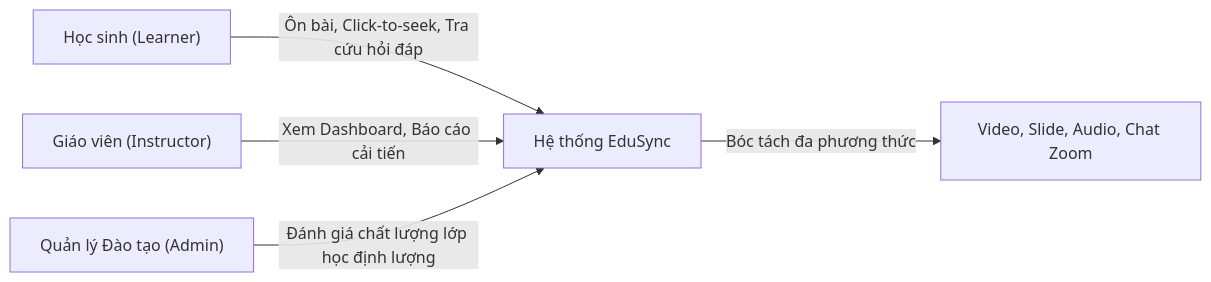
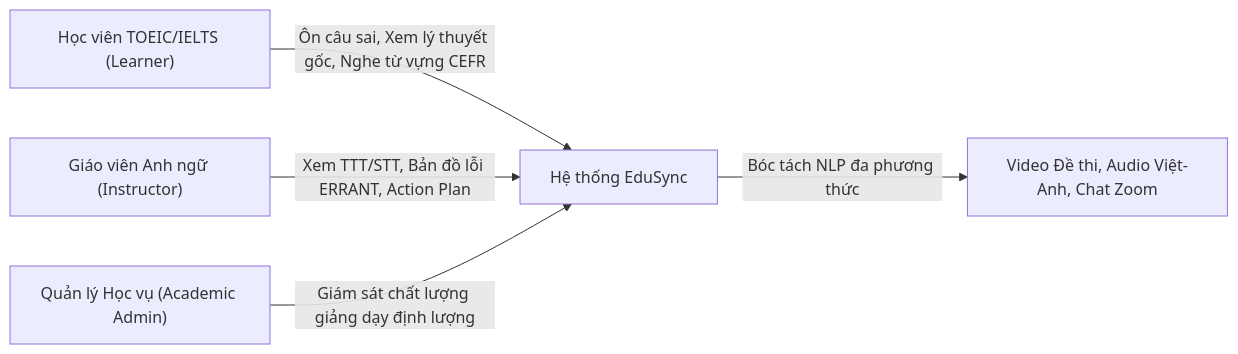
Before and after one commit to CelesEclipse/NLP501_edusync_mvp: the first of 2 diagrams in docs/03_requirements_analysis_srs.md, drawn with Mermaid. The commit also changed other lines of this file and 20 other files, not shown here.

Commit message:
docs: unify TOEIC/IELTS focus, add research citations & technical NLP defense guide

````diff
--- a/docs/03_requirements_analysis_srs.md
+++ b/docs/03_requirements_analysis_srs.md
@@ -26,7 +38,7 @@
 ```mermaid
 flowchart LR
-    Student["Học sinh (Learner)"] --> |"Ôn bài, Click-to-seek, Tra cứu hỏi đáp"| System["Hệ thống EduSync"]
-    Teacher["Giáo viên (Instructor)"] --> |"Xem Dashboard, Báo cáo cải tiến"| System
-    Admin["Quản lý Đào tạo (Admin)"] --> |"Đánh giá chất lượng lớp học định lượng"| System
-    System --> |"Bóc tách đa phương thức"| VideoAudio["Video, Slide, Audio, Chat Zoom"]
+    Student["Học viên TOEIC/IELTS (Learner)"] --> |"Ôn câu sai, Xem lý thuyết gốc, Nghe từ vựng CEFR"| System["Hệ thống EduSync"]
+    Teacher["Giáo viên Anh ngữ (Instructor)"] --> |"Xem TTT/STT, Bản đồ lỗi ERRANT, Action Plan"| System
+    Admin["Quản lý Học vụ (Academic Admin)"] --> |"Giám sát chất lượng giảng dạy định lượng"| System
+    System --> |"Bóc tách NLP đa phương thức"| VideoAudio["Video Đề thi, Audio Việt-Anh, Chat Zoom"]
 ```
````
